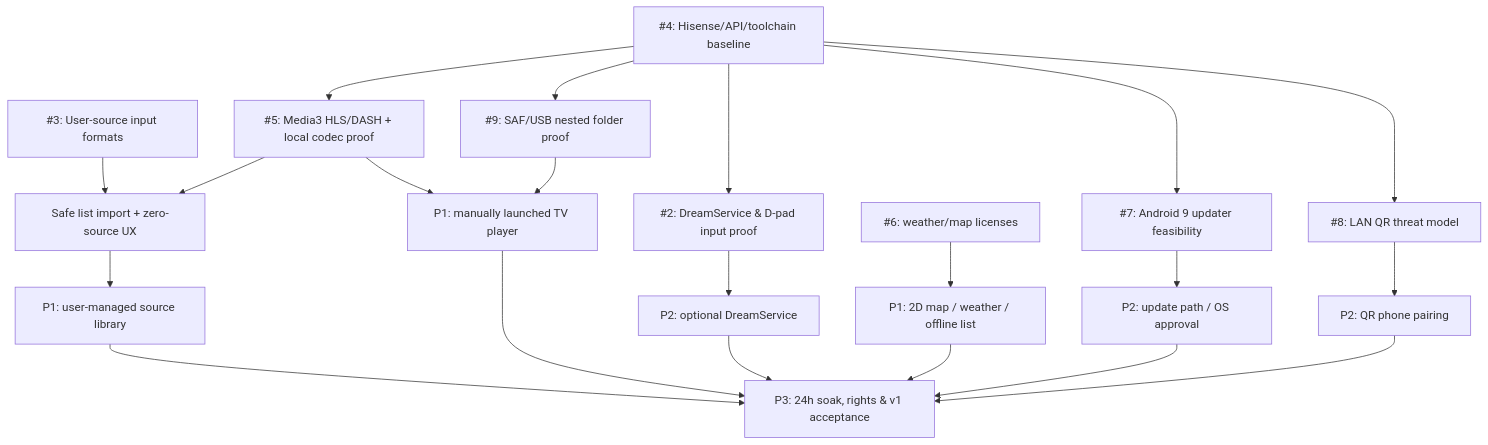
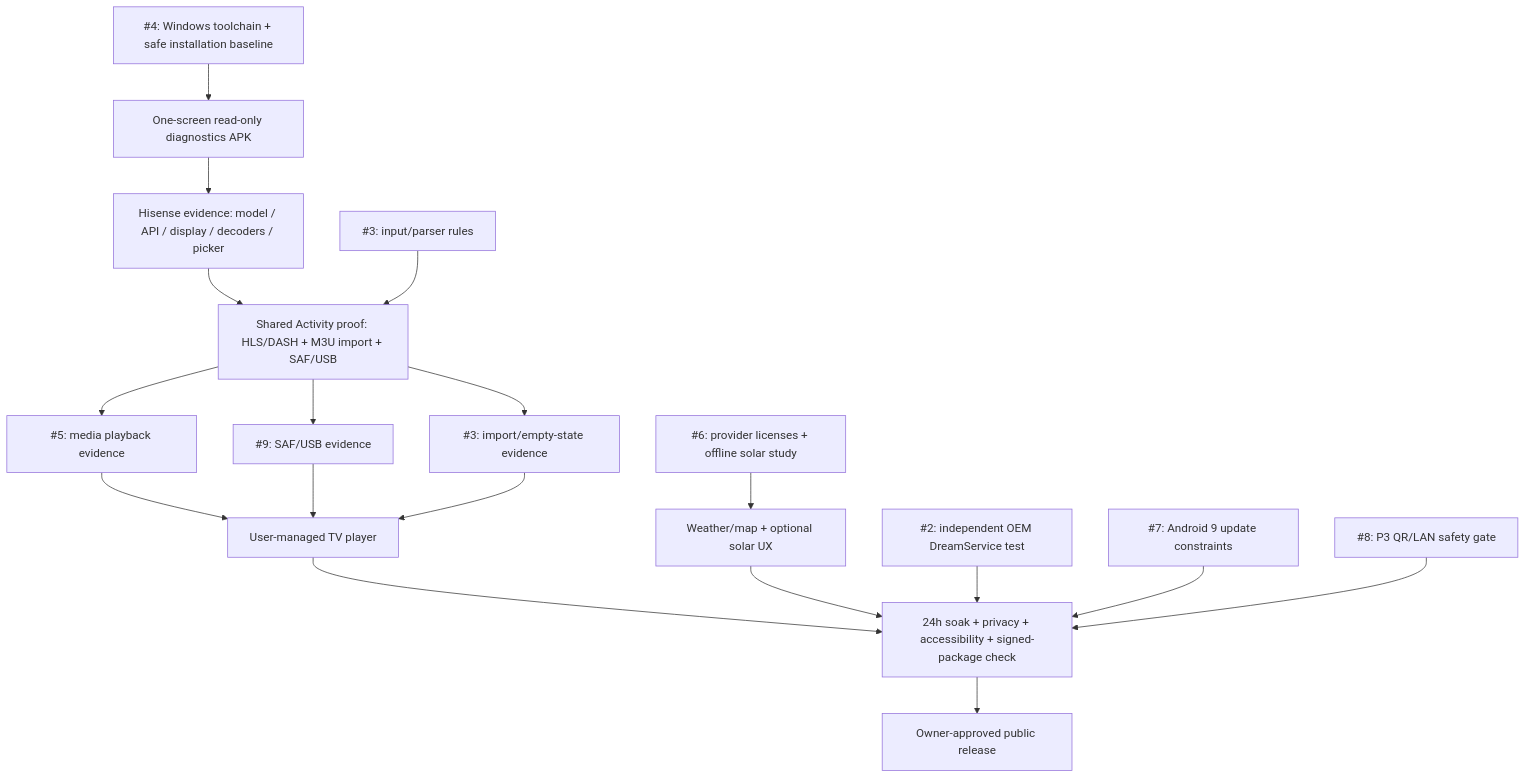
One commit to murilaiooo/openvista changed the diagram in docs/implementation/critical-path.md. Above: the diagram before and after it, drawn with Mermaid. The commit also changed other lines of this file and 25 other files, not shown here.

Commit message:
plan: prioritize diagnostic APK and USB-first source import

````diff
--- a/docs/implementation/critical-path.md
+++ b/docs/implementation/critical-path.md
@@ -7,23 +7,20 @@
 ```mermaid
 flowchart TD
-    A["#4: Hisense/API/toolchain baseline"] --> B["#5: Media3 HLS/DASH + local codec proof"]
-    A --> C["#2: DreamService & D-pad input proof"]
-    A --> D["#9: SAF/USB nested folder proof"]
-    A --> H["#7: Android 9 updater feasibility"]
-    A --> I["#8: LAN QR threat model"]
-    E["#3: User-source input formats"] --> F["Safe list import + zero-source UX"]
-    B --> F
-    F --> J["P1: user-managed source library"]
-    B --> K["P1: manually launched TV player"]
-    D --> K
-    C --> L["P2: optional DreamService"]
-    G["#6: weather/map licenses"] --> M["P1: 2D map / weather / offline list"]
-    H --> N["P2: update path / OS approval"]
-    I --> O["P2: QR phone pairing"]
-    J --> P["P3: 24h soak, rights & v1 acceptance"]
-    K --> P
-    L --> P
-    M --> P
-    N --> P
-    O --> P
+    A["#4: Windows toolchain + safe installation baseline"] --> B["One-screen read-only diagnostics APK"]
+    B --> C["Hisense evidence: model / API / display / decoders / picker"]
+    C --> D["Shared Activity proof: HLS/DASH + M3U import + SAF/USB"]
+    E["#3: input/parser rules"] --> D
+    D --> F["#5: media playback evidence"]
+    D --> G["#9: SAF/USB evidence"]
+    D --> H["#3: import/empty-state evidence"]
+    F --> I["User-managed TV player"]
+    G --> I
+    H --> I
+    J["#6: provider licenses + offline solar study"] --> K["Weather/map + optional solar UX"]
+    I --> L["24h soak + privacy + accessibility + signed-package check"]
+    K --> L
+    M["#2: independent OEM DreamService test"] --> L
+    N["#7: Android 9 update constraints"] --> L
+    O["#8: P3 QR/LAN safety gate"] --> L
+    L --> P["Owner-approved public release"]
 ```
````
